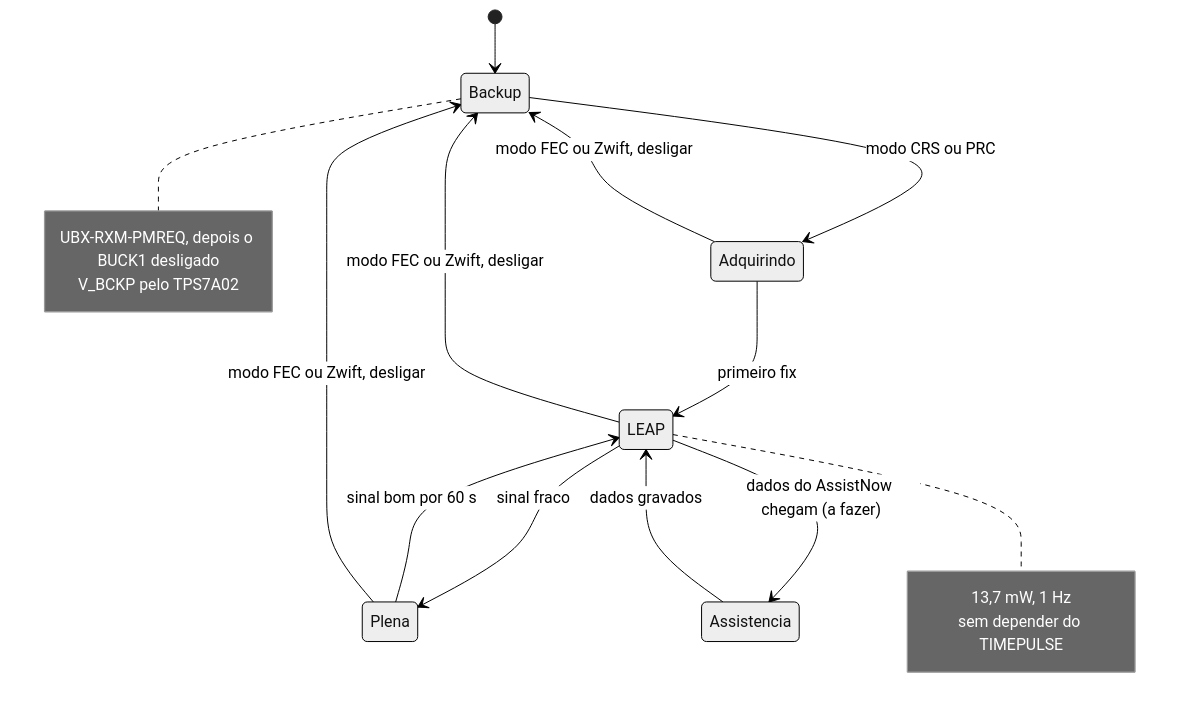
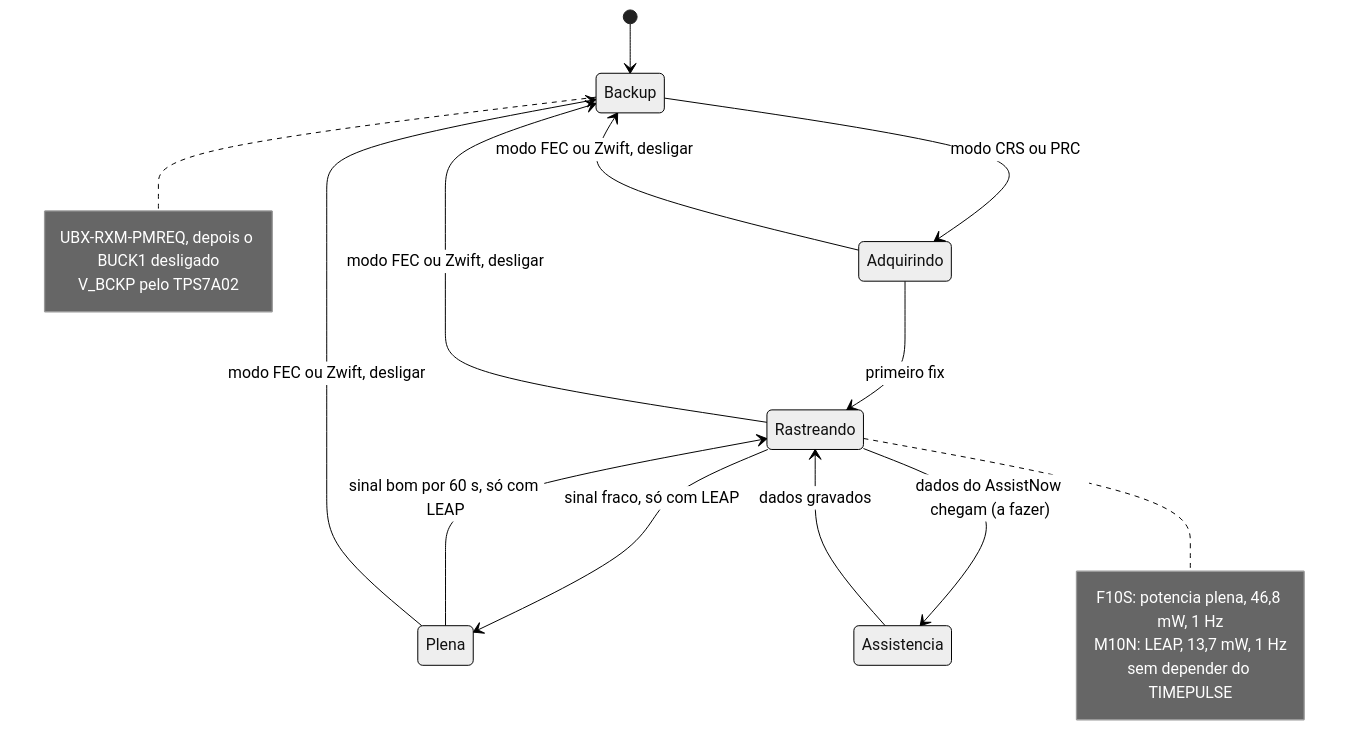
The sixth of 13 diagrams in docs/16-arquitetura-firmware.md (Guiimartinho/gnss-bike-computer), drawn with Mermaid (neutral theme) before and after one commit. The commit also changed other lines of this file and 23 other files, not shown here.

````diff
--- a/docs/16-arquitetura-firmware.md
+++ b/docs/16-arquitetura-firmware.md
@@ -234,21 +236,22 @@
 ```mermaid
 stateDiagram-v2
     [*] --> Backup
     Backup --> Adquirindo: modo CRS ou PRC
-    Adquirindo --> LEAP: primeiro fix
-    LEAP --> Plena: sinal fraco
-    Plena --> LEAP: sinal bom por 60 s
-    LEAP --> Assistencia: dados do AssistNow chegam (a fazer)
-    Assistencia --> LEAP: dados gravados
-    LEAP --> Backup: modo FEC ou Zwift, desligar
+    Adquirindo --> Rastreando: primeiro fix
+    Rastreando --> Plena: sinal fraco, só com LEAP
+    Plena --> Rastreando: sinal bom por 60 s, só com LEAP
+    Rastreando --> Assistencia: dados do AssistNow chegam (a fazer)
+    Assistencia --> Rastreando: dados gravados
+    Rastreando --> Backup: modo FEC ou Zwift, desligar
     Plena --> Backup: modo FEC ou Zwift, desligar
     Adquirindo --> Backup: modo FEC ou Zwift, desligar
-    note right of LEAP
-        13,7 mW, 1 Hz
+    note right of Rastreando
+        F10S: potencia plena, 46,8 mW, 1 Hz
+        M10N: LEAP, 13,7 mW, 1 Hz
         sem depender do TIMEPULSE
     end note
     note right of Backup
         UBX-RXM-PMREQ, depois o BUCK1 desligado
         V_BCKP pelo TPS7A02
     end note
 ```
````
